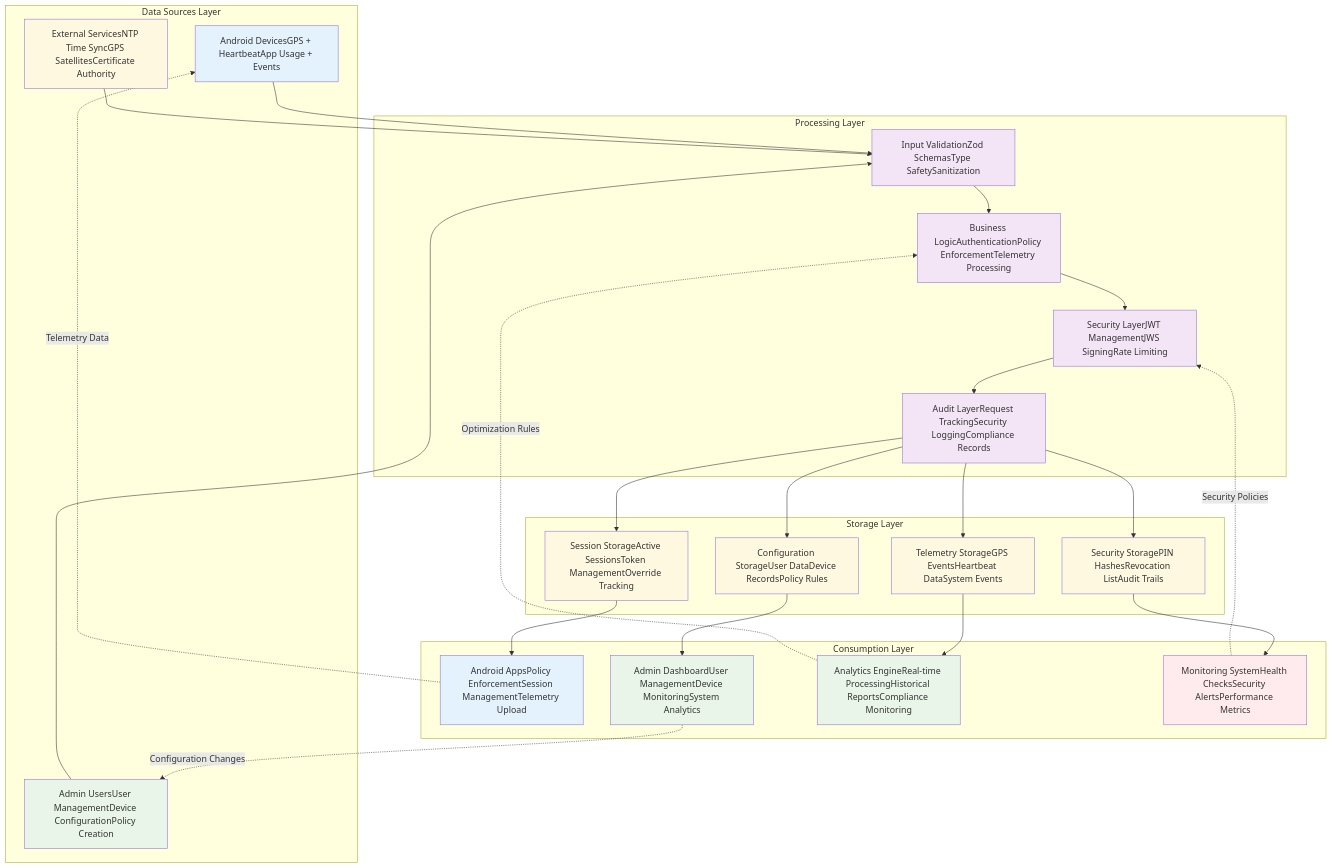
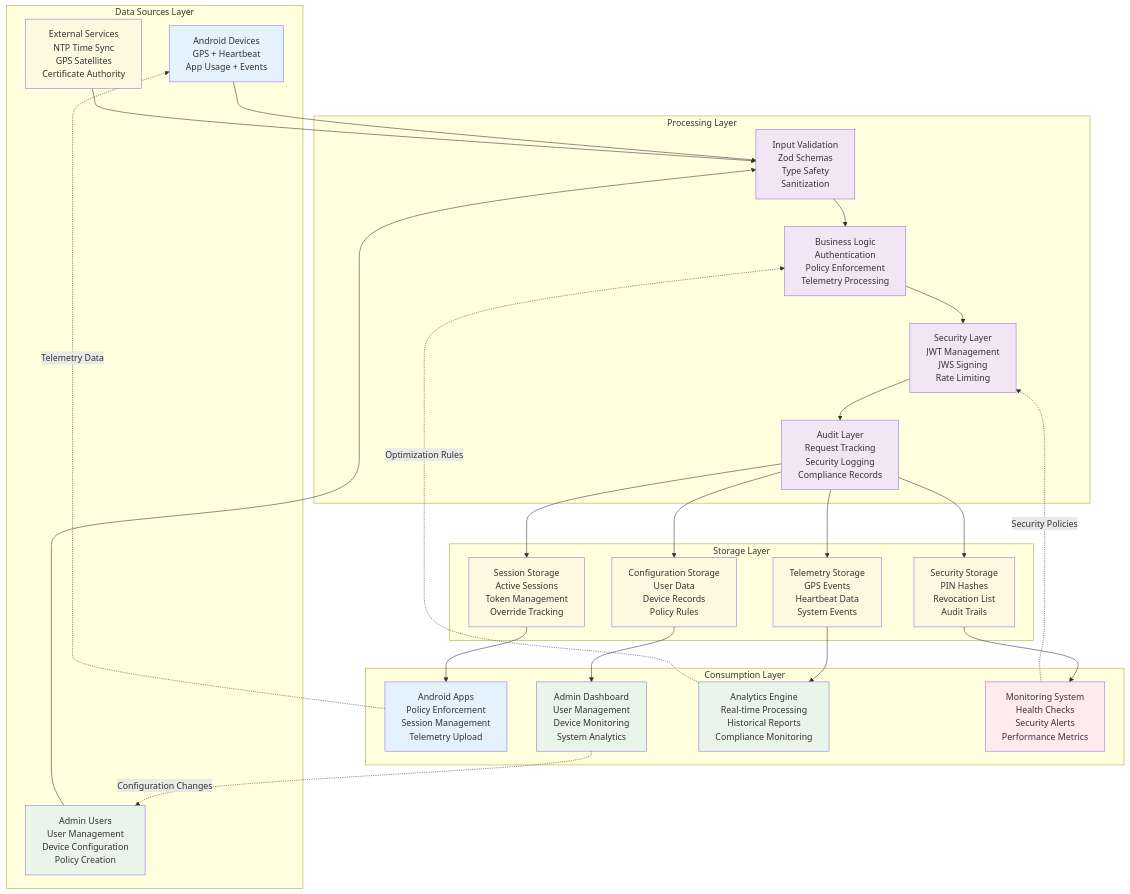
The seventh of 7 diagrams in README.md (drguptavivek/launcher), drawn with Mermaid before and after one commit. The commit also changed other lines of this file, not shown here.

````diff
--- a/README.md
+++ b/README.md
@@ -431,75 +495,75 @@
 ```mermaid
 flowchart TD
     %% Data Sources Layer
-    subgraph "Data Sources" [Data Sources Layer]
-        DS1[Android DevicesGPS + HeartbeatApp Usage + Events]
-        DS2[Admin UsersUser ManagementDevice ConfigurationPolicy Creation]
-        DS3[External ServicesNTP Time SyncGPS SatellitesCertificate Authority]
+    subgraph "Data Sources" ["Data Sources Layer"]
+        DS1["Android Devices<br/>GPS + Heartbeat<br/>App Usage + Events"]
+        DS2["Admin Users<br/>User Management<br/>Device Configuration<br/>Policy Creation"]
+        DS3["External Services<br/>NTP Time Sync<br/>GPS Satellites<br/>Certificate Authority"]
     end
 
     %% Processing Layer
-    subgraph "Processing Layer" [Processing Layer]
-        PL1[Input ValidationZod SchemasType SafetySanitization]
-        PL2[Business LogicAuthenticationPolicy EnforcementTelemetry Processing]
-        PL3[Security LayerJWT ManagementJWS SigningRate Limiting]
-        PL4[Audit LayerRequest TrackingSecurity LoggingCompliance Records]
+    subgraph "Processing Layer" ["Processing Layer"]
+        PL1["Input Validation<br/>Zod Schemas<br/>Type Safety<br/>Sanitization"]
+        PL2["Business Logic<br/>Authentication<br/>Policy Enforcement<br/>Telemetry Processing"]
+        PL3["Security Layer<br/>JWT Management<br/>JWS Signing<br/>Rate Limiting"]
+        PL4["Audit Layer<br/>Request Tracking<br/>Security Logging<br/>Compliance Records"]
     end
 
     %% Storage Layer
-    subgraph "Storage Layer" [Storage Layer]
-        SL1[Session StorageActive SessionsToken ManagementOverride Tracking]
-        SL2[Telemetry StorageGPS EventsHeartbeat DataSystem Events]
-        SL3[Configuration StorageUser DataDevice RecordsPolicy Rules]
-        SL4[Security StoragePIN HashesRevocation ListAudit Trails]
+    subgraph "Storage Layer" ["Storage Layer"]
+        SL1["Session Storage<br/>Active Sessions<br/>Token Management<br/>Override Tracking"]
+        SL2["Telemetry Storage<br/>GPS Events<br/>Heartbeat Data<br/>System Events"]
+        SL3["Configuration Storage<br/>User Data<br/>Device Records<br/>Policy Rules"]
+        SL4["Security Storage<br/>PIN Hashes<br/>Revocation List<br/>Audit Trails"]
     end
 
     %% Consumption Layer
-    subgraph "Consumption Layer" [Consumption Layer]
-        CL1[Android AppsPolicy EnforcementSession ManagementTelemetry Upload]
-        CL2[Admin DashboardUser ManagementDevice MonitoringSystem Analytics]
-        CL3[Analytics EngineReal-time ProcessingHistorical ReportsCompliance Monitoring]
-        CL4[Monitoring SystemHealth ChecksSecurity AlertsPerformance Metrics]
+    subgraph "Consumption Layer" ["Consumption Layer"]
+        CL1["Android Apps<br/>Policy Enforcement<br/>Session Management<br/>Telemetry Upload"]
+        CL2["Admin Dashboard<br/>User Management<br/>Device Monitoring<br/>System Analytics"]
+        CL3["Analytics Engine<br/>Real-time Processing<br/>Historical Reports<br/>Compliance Monitoring"]
+        CL4["Monitoring System<br/>Health Checks<br/>Security Alerts<br/>Performance Metrics"]
     end
 
     %% Vertical Data Flow
     DS1 --> PL1
     DS2 --> PL1
     DS3 --> PL1
 
     PL1 --> PL2
     PL2 --> PL3
     PL3 --> PL4
 
     PL4 --> SL1
     PL4 --> SL2
     PL4 --> SL3
     PL4 --> SL4
 
     SL1 --> CL1
     SL2 --> CL3
     SL3 --> CL2
     SL4 --> CL4
 
     %% Feedback Loops
-    CL1 -.-> |Telemetry Data| DS1
-    CL2 -.-> |Configuration Changes| DS2
-    CL3 -.-> |Optimization Rules| PL2
-    CL4 -.-> |Security Policies| PL3
+    CL1 -.-> |"Telemetry Data"| DS1
+    CL2 -.-> |"Configuration Changes"| DS2
+    CL3 -.-> |"Optimization Rules"| PL2
+    CL4 -.-> |"Security Policies"| PL3
 
     %% Styling
     style DS1 fill:#e3f2fd
     style DS2 fill:#e8f5e8
     style DS3 fill:#fff8e1
     style PL1 fill:#f3e5f5
     style PL2 fill:#f3e5f5
     style PL3 fill:#f3e5f5
     style PL4 fill:#f3e5f5
     style SL1 fill:#fff8e1
     style SL2 fill:#fff8e1
     style SL3 fill:#fff8e1
     style SL4 fill:#fff8e1
     style CL1 fill:#e3f2fd
     style CL2 fill:#e8f5e8
     style CL3 fill:#e8f5e8
     style CL4 fill:#ffebee
 ```
````
